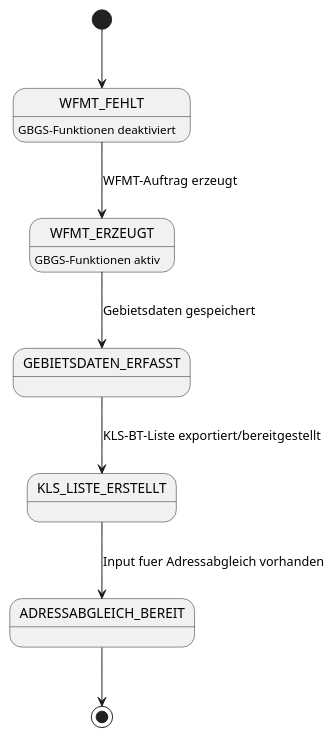
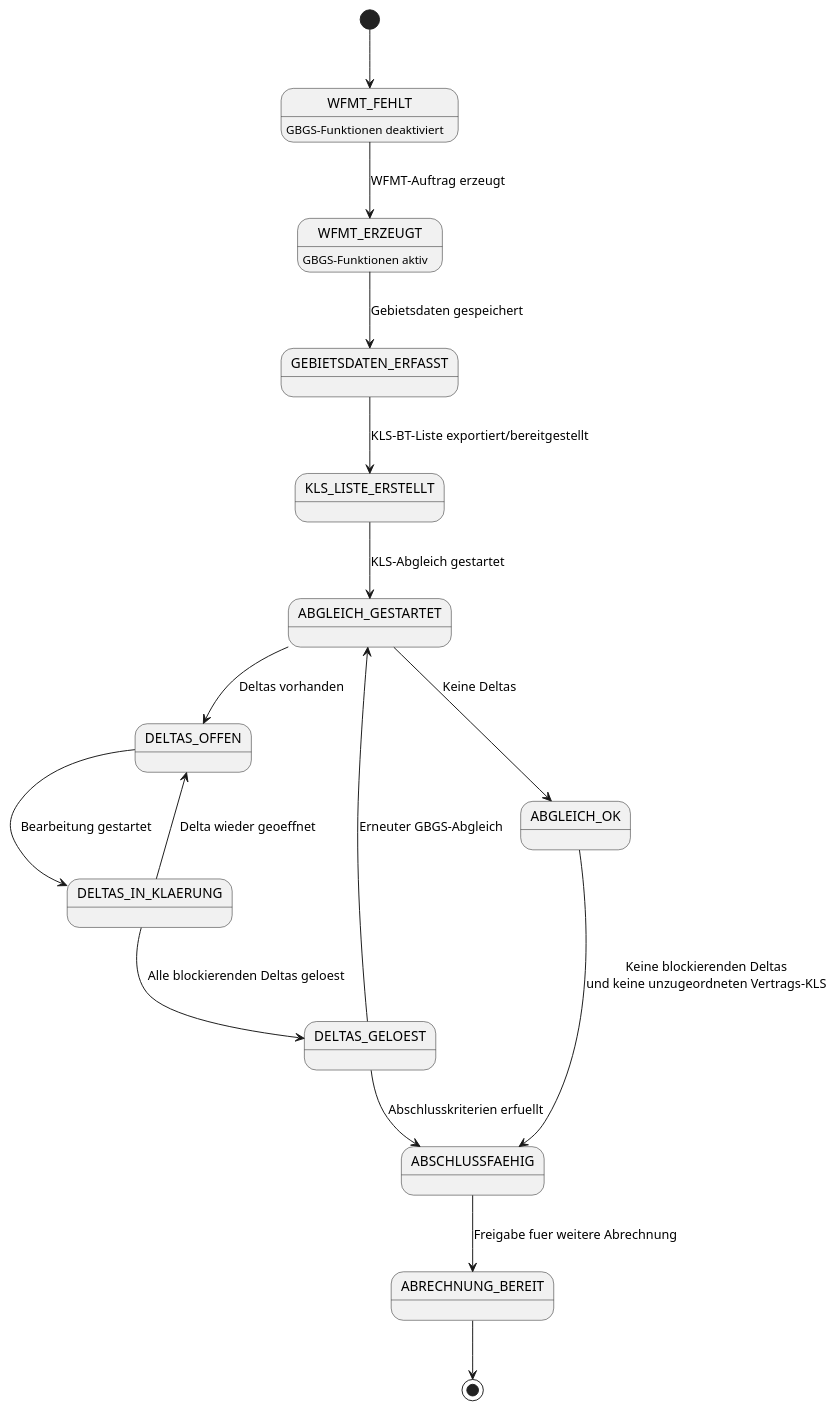
The diagram in gbgs-mock/plantuml-diagramme/13-9-statusmodell.md (bergmantb/wbv_bemo), drawn with PlantUML before and after one commit. The commit also changed 16 other files, not shown here.

Commit message:
Expand GBGS KLS delta reconciliation design

````diff
--- a/gbgs-mock/plantuml-diagramme/13-9-statusmodell.md
+++ b/gbgs-mock/plantuml-diagramme/13-9-statusmodell.md
@@ -3,18 +3,30 @@
 ```plantuml
 @startuml
 skinparam shadowing false
 
 [*] --> WFMT_FEHLT
 
 WFMT_FEHLT : GBGS-Funktionen deaktiviert
 WFMT_FEHLT --> WFMT_ERZEUGT : WFMT-Auftrag erzeugt
 
 WFMT_ERZEUGT : GBGS-Funktionen aktiv
 WFMT_ERZEUGT --> GEBIETSDATEN_ERFASST : Gebietsdaten gespeichert
 
 GEBIETSDATEN_ERFASST --> KLS_LISTE_ERSTELLT : KLS-BT-Liste exportiert/bereitgestellt
-KLS_LISTE_ERSTELLT --> ADRESSABGLEICH_BEREIT : Input fuer Adressabgleich vorhanden
+KLS_LISTE_ERSTELLT --> ABGLEICH_GESTARTET : KLS-Abgleich gestartet
 
-ADRESSABGLEICH_BEREIT --> [*]
+ABGLEICH_GESTARTET --> DELTAS_OFFEN : Deltas vorhanden
+ABGLEICH_GESTARTET --> ABGLEICH_OK : Keine Deltas
+
+DELTAS_OFFEN --> DELTAS_IN_KLAERUNG : Bearbeitung gestartet
+DELTAS_IN_KLAERUNG --> DELTAS_OFFEN : Delta wieder geoeffnet
+DELTAS_IN_KLAERUNG --> DELTAS_GELOEST : Alle blockierenden Deltas geloest
+DELTAS_GELOEST --> ABGLEICH_GESTARTET : Erneuter GBGS-Abgleich
+
+ABGLEICH_OK --> ABSCHLUSSFAEHIG : Keine blockierenden Deltas\nund keine unzugeordneten Vertrags-KLS
+DELTAS_GELOEST --> ABSCHLUSSFAEHIG : Abschlusskriterien erfuellt
+ABSCHLUSSFAEHIG --> ABRECHNUNG_BEREIT : Freigabe fuer weitere Abrechnung
+
+ABRECHNUNG_BEREIT --> [*]
 @enduml
 ```
````
